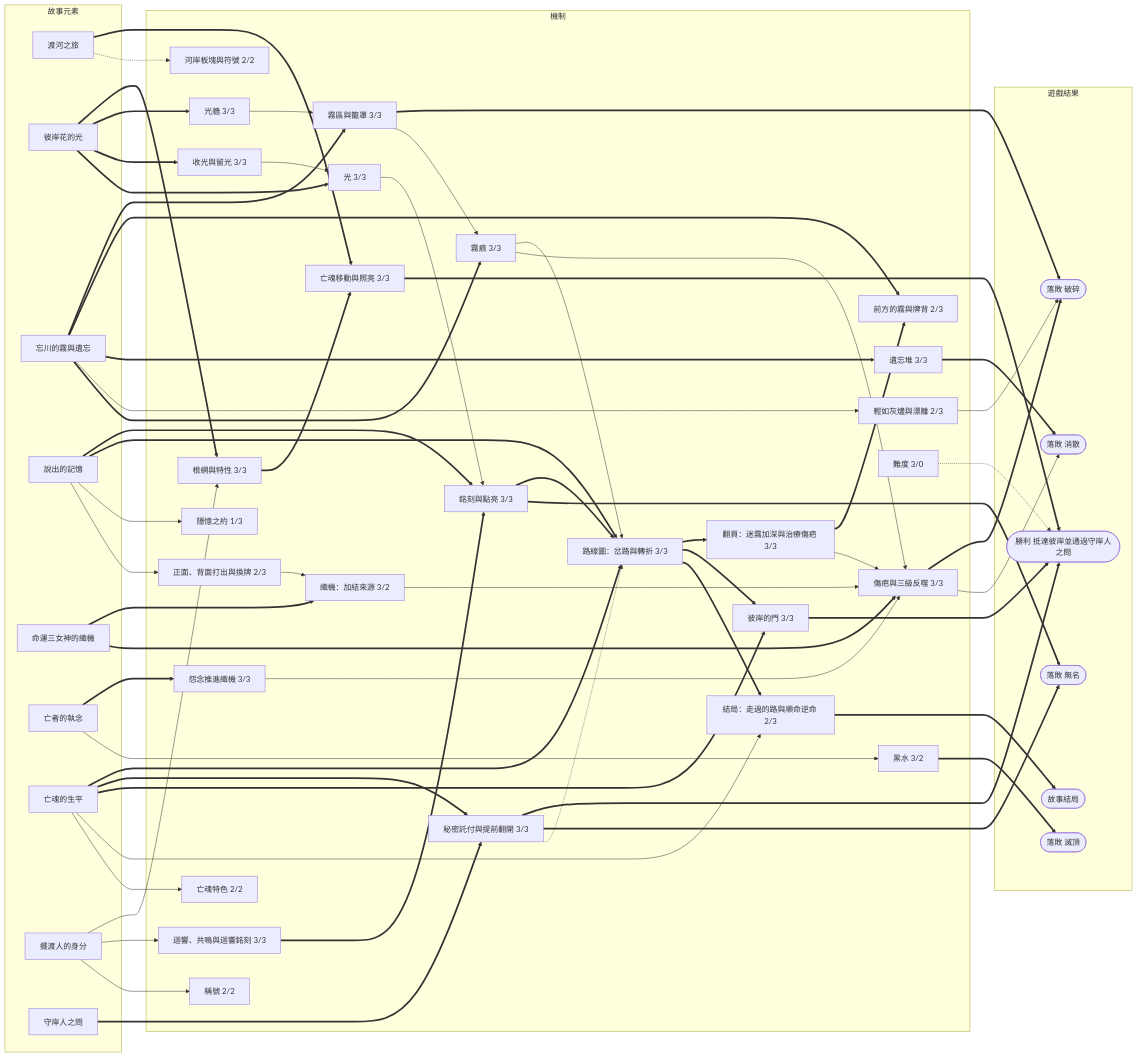
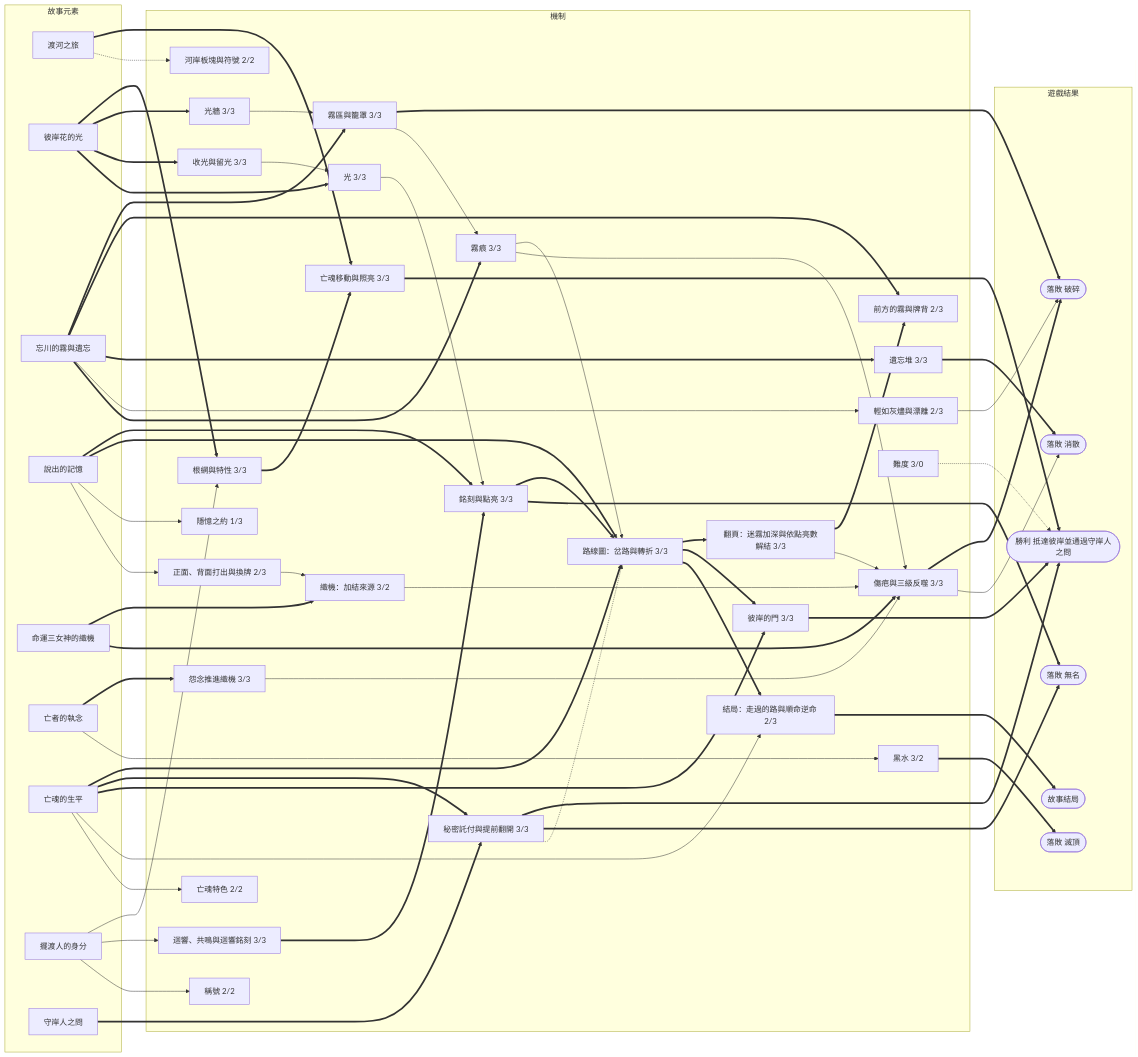
One commit to Ralph-Liu-Hub/Boardgame-Netherbloom changed the second of 2 diagrams in docs/design/V5-proposal.zh-TW.md. Above: the diagram before and after it, drawn with Mermaid. The commit also changed other lines of this file and 2 other files, not shown here.

```diff
--- a/docs/design/V5-proposal.zh-TW.md
+++ b/docs/design/V5-proposal.zh-TW.md
@@ -513,7 +517,7 @@
     M20[霧痕 3/3]
     M21[路線圖：岔路與轉折 3/3]
     M22[秘密託付與提前翻開 3/3]
-    M23[翻頁：迷霧加深與治療傷疤 3/3]
+    M23[翻頁：迷霧加深與依點亮數解結 3/3]
     M24[彼岸的門 3/3]
     M25[結局：走過的路與順命逆命 2/3]
     M26[亡魂特色 2/2]
```
